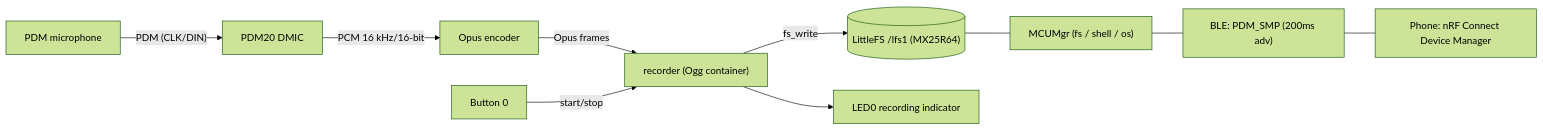
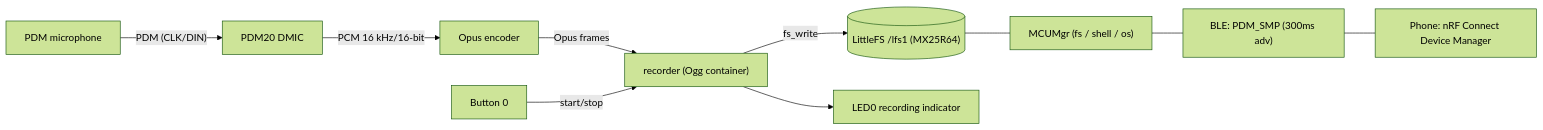
The diagram in README.md (Jayant-Tang/nrf54l_pdm_opus_recorder), drawn with Mermaid (forest theme) before and after one commit. The commit also changed other lines of this file and 4 other files, not shown here.

````diff
--- a/README.md
+++ b/README.md
@@ -13,12 +13,12 @@
 ```mermaid
 flowchart LR
     mic["PDM microphone"] -->|"PDM (CLK/DIN)"| pdm["PDM20 DMIC"]
     pdm -->|"PCM 16 kHz/16-bit"| enc["Opus encoder"]
     enc -->|"Opus frames"| rec["recorder (Ogg container)"]
     rec -->|"fs_write"| lfs[("LittleFS /lfs1 (MX25R64)")]
     btn["Button 0"] -->|"start/stop"| rec
     rec --> led0["LED0 recording indicator"]
     lfs --- smp["MCUMgr (fs / shell / os)"]
-    smp --- ble["BLE: PDM_SMP (200ms adv)"]
+    smp --- ble["BLE: PDM_SMP (300ms adv)"]
     ble --- phone["Phone: nRF Connect Device Manager"]
 ```
````
